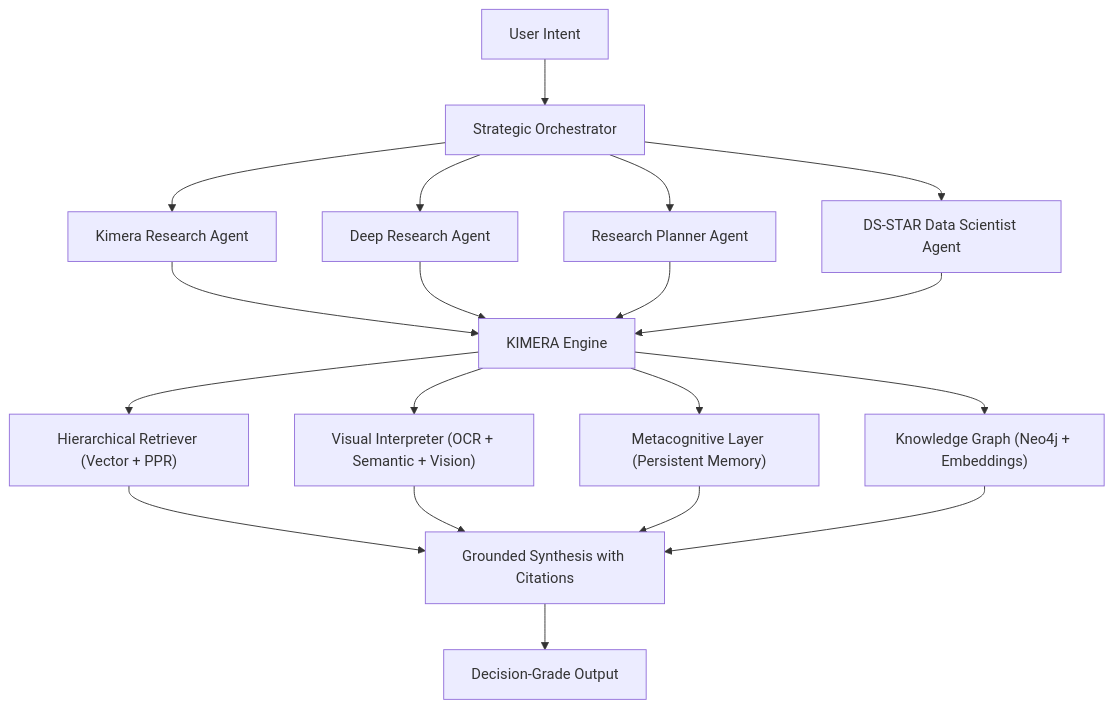
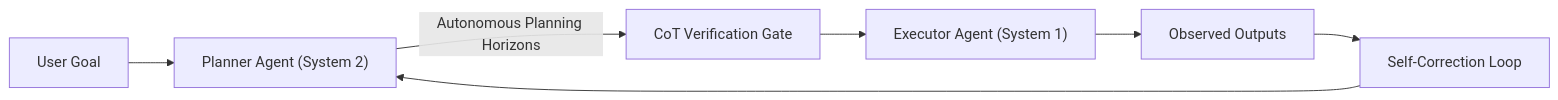
One commit to ArianScripter33/Research-Repo changed the diagram in README.md. Above: the diagram before and after it, drawn with Mermaid. The commit also changed other lines of this file and 9 other files, not shown here.

Commit message:
Add academic citations, reasoning roadmap, and benchmark scaffolding

````diff
--- a/README.md
+++ b/README.md
@@ -39,24 +33,9 @@
 ```mermaid
-flowchart TD
-    U["User Intent"] --> O["Strategic Orchestrator"]
-    O --> KR["Kimera Research Agent"]
-    O --> DR["Deep Research Agent"]
-    O --> RP["Research Planner Agent"]
-    O --> DS["DS-STAR Data Scientist Agent"]
-
-    KR --> E["KIMERA Engine"]
-    DR --> E
-    RP --> E
-    DS --> E
-
-    E --> R["Hierarchical Retriever (Vector + PPR)"]
-    E --> V["Visual Interpreter (OCR + Semantic + Vision)"]
-    E --> M["Metacognitive Layer (Persistent Memory)"]
-    E --> G["Knowledge Graph (Neo4j + Embeddings)"]
-
-    R --> S["Grounded Synthesis with Citations"]
-    V --> S
-    M --> S
-    G --> S
-    S --> OUT["Decision-Grade Output"]
+flowchart LR
+    U["User Goal"] --> P["Planner Agent (System 2)"]
+    P -->|"Autonomous Planning Horizons"| V["CoT Verification Gate"]
+    V --> E["Executor Agent (System 1)"]
+    E --> O["Observed Outputs"]
+    O --> C["Self-Correction Loop"]
+    C --> P
 ```
````
